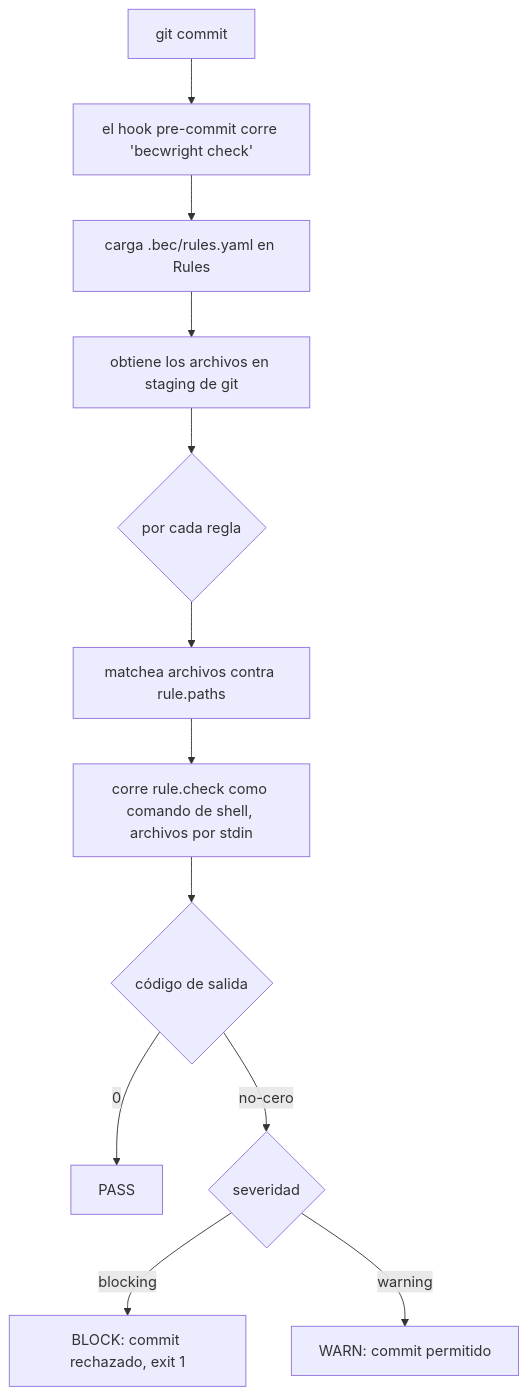
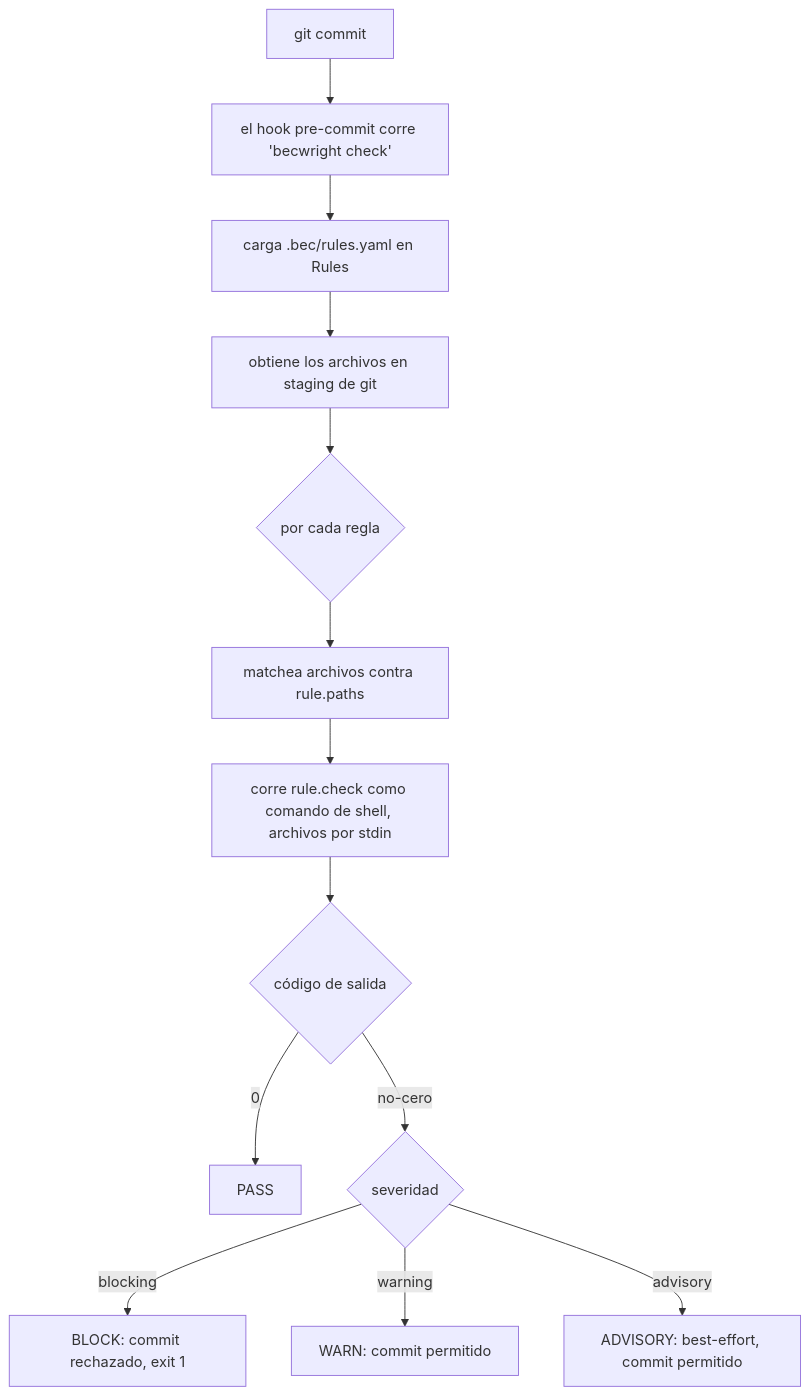
The diagram in documentation/architecture.es.md (YasserYG8/becwright), drawn with Mermaid before and after one commit. The commit also changed other lines of this file and 3 other files, not shown here.

First line of the commit message:
docs: sync writing-checks & architecture with 0.4.0 (#55)

````diff
--- a/documentation/architecture.es.md
+++ b/documentation/architecture.es.md
@@ -33,14 +33,15 @@
 ```mermaid
 flowchart TD
     A[git commit] --> B["el hook pre-commit corre 'becwright check'"]
     B --> C[carga .bec/rules.yaml en Rules]
     C --> D[obtiene los archivos en staging de git]
     D --> E{por cada regla}
     E --> F[matchea archivos contra rule.paths]
     F --> G["corre rule.check como comando de shell, archivos por stdin"]
     G --> H{código de salida}
     H -->|0| I[PASS]
     H -->|no-cero| J{severidad}
     J -->|blocking| K[BLOCK: commit rechazado, exit 1]
     J -->|warning| L[WARN: commit permitido]
+    J -->|advisory| M[ADVISORY: best-effort, commit permitido]
 ```
````
